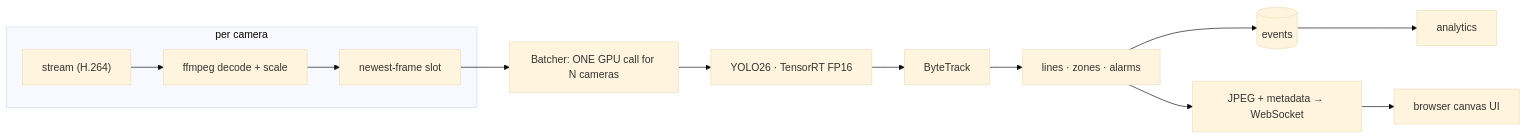
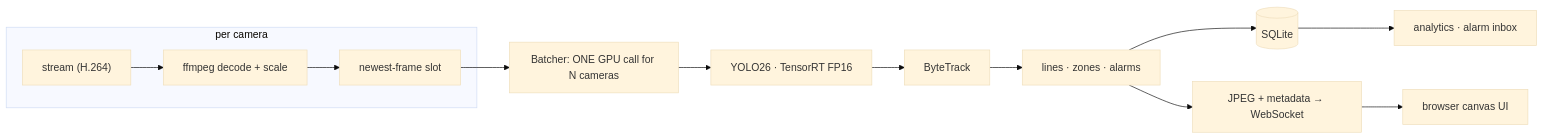
One commit to GabrielDornelles/chira changed the diagram in README.md. Above: the diagram before and after it, drawn with Mermaid (base theme). The commit also changed other lines of this file and 32 other files, not shown here.

First line of the commit message:
Dev mode, SQLite persistence, RTSP/RTMP inputs with discovery, grouped alarm incidents, lavender UI

````diff
--- a/README.md
+++ b/README.md
@@ -94,12 +122,12 @@
 ```mermaid
 flowchart LR
   subgraph per camera
     S["stream (H.264)"] --> D["ffmpeg decode + scale"] --> Q["newest-frame slot"]
   end
   Q --> B["Batcher: ONE GPU call for N cameras"]
   B --> M["YOLO26 · TensorRT FP16"]
   M --> T["ByteTrack"]
   T --> L["lines · zones · alarms"]
-  L --> E[("events")] --> A["analytics"]
+  L --> E[("SQLite")] --> A["analytics · alarm inbox"]
   L --> J["JPEG + metadata → WebSocket"] --> UI["browser canvas UI"]
 ```
````
